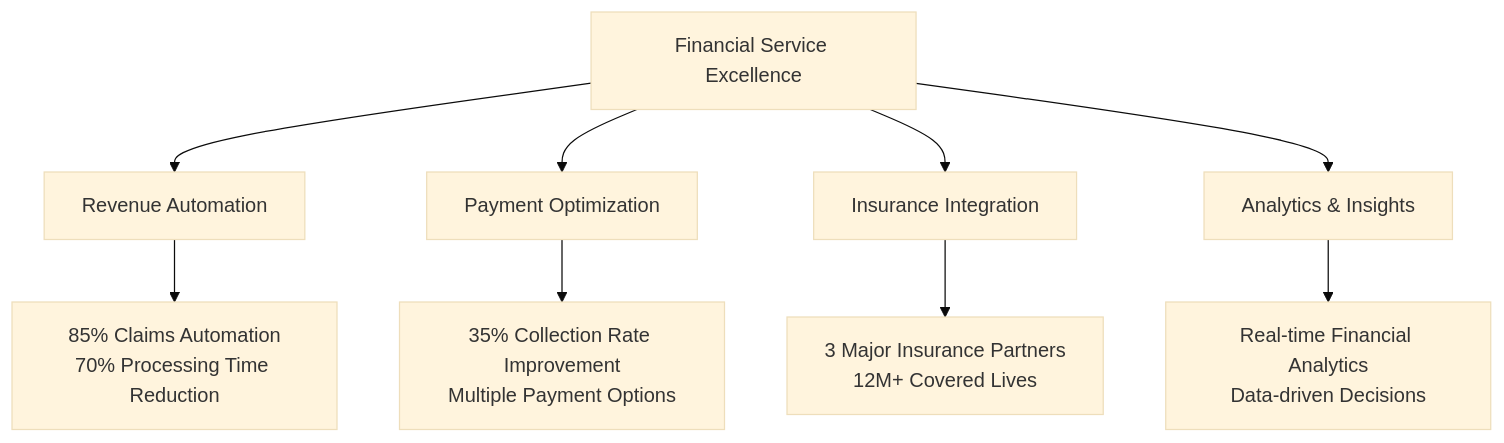
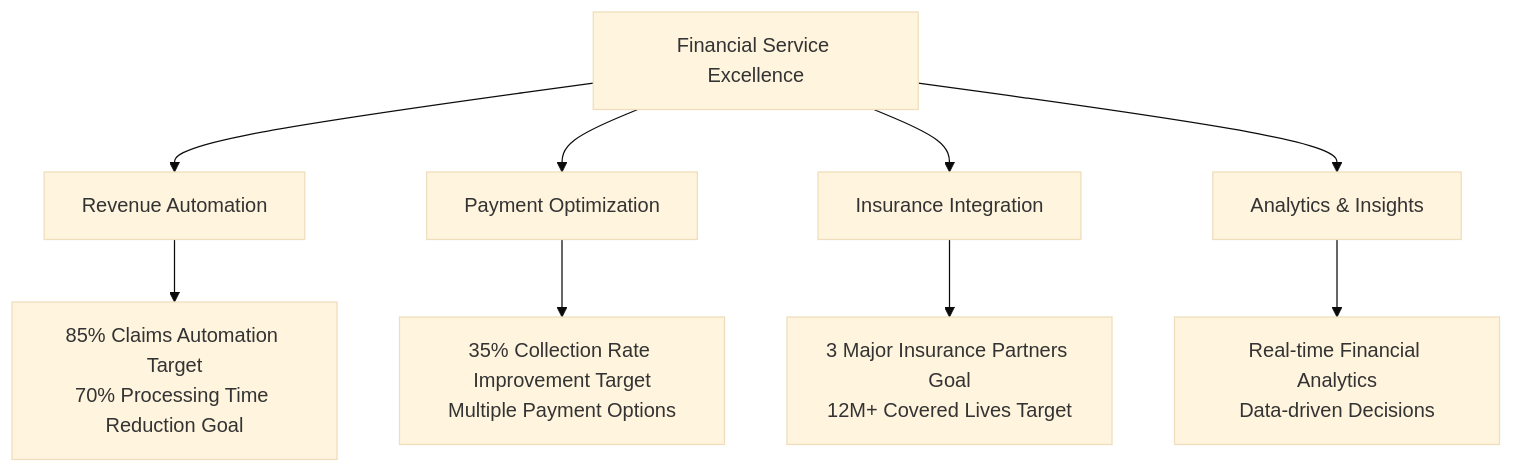
One commit to mydr24/book changed the fifth of 10 diagrams in chapters/05-service-layer.md. Above: the diagram before and after it, drawn with Mermaid (base theme). The commit also changed other lines of this file and 15 other files, not shown here.

````diff
--- a/chapters/05-service-layer.md
+++ b/chapters/05-service-layer.md
@@ -120,12 +122,12 @@
 ```mermaid
 graph TB
     A[Financial Service Excellence] --> B[Revenue Automation]
     A --> C[Payment Optimization]
     A --> D[Insurance Integration]
     A --> E[Analytics & Insights]
     
-    B --> F[85% Claims Automation<br/>70% Processing Time Reduction]
-    C --> G[35% Collection Rate Improvement<br/>Multiple Payment Options]
-    D --> H[3 Major Insurance Partners<br/>12M+ Covered Lives]
+    B --> F[85% Claims Automation Target<br/>70% Processing Time Reduction Goal]
+    C --> G[35% Collection Rate Improvement Target<br/>Multiple Payment Options]
+    D --> H[3 Major Insurance Partners Goal<br/>12M+ Covered Lives Target]
     E --> I[Real-time Financial Analytics<br/>Data-driven Decisions]
 ```
````
